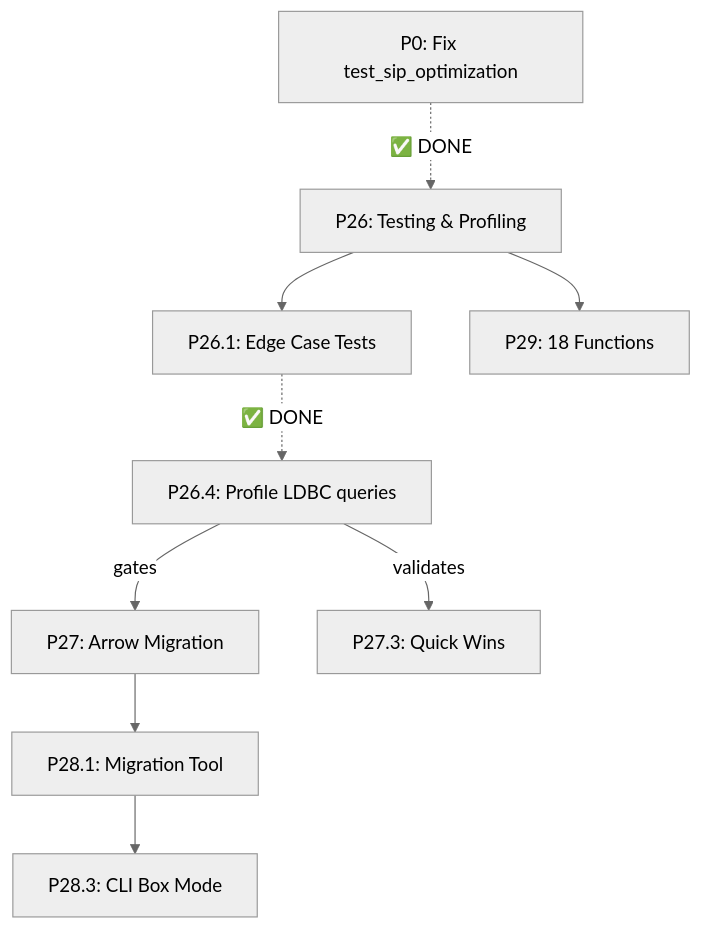
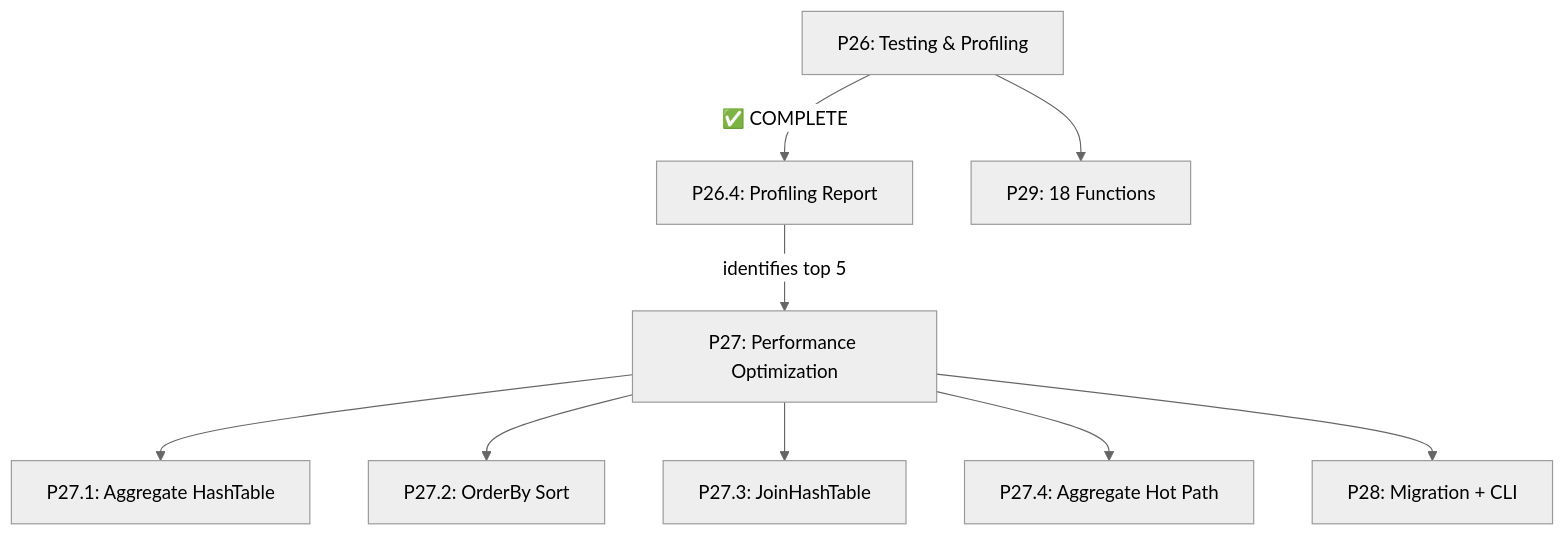
The diagram in kuzu-core/implementation_plan.md (mlengse/akar), drawn with Mermaid (neutral theme) before and after one commit. The commit also changed other lines of this file and 1 other file, not shown here.

````diff
--- a/kuzu-core/implementation_plan.md
+++ b/kuzu-core/implementation_plan.md
@@ -236,10 +393,11 @@
 ```mermaid
 graph TD
-    P0["P0: Fix test_sip_optimization"] -.->|✅ DONE| P26["P26: Testing & Profiling"]
-    P26 --> P26_1["P26.1: Edge Case Tests"] -.->|✅ DONE| P26_4["P26.4: Profile LDBC queries"]
-    P26_4 -->|gates| P27["P27: Arrow Migration"]
-    P26_4 -->|validates| P27_3["P27.3: Quick Wins"]
-    P27 --> P28_1["P28.1: Migration Tool"]
-    P28_1 --> P28_3["P28.3: CLI Box Mode"]
+    P26["P26: Testing & Profiling"] -->|✅ COMPLETE| P26_4["P26.4: Profiling Report"]
+    P26_4 -->|identifies top 5| P27["P27: Performance Optimization"]
+    P27 --> P27_1["P27.1: Aggregate HashTable"]
+    P27 --> P27_2["P27.2: OrderBy Sort"]
+    P27 --> P27_3["P27.3: JoinHashTable"]
+    P27 --> P27_4["P27.4: Aggregate Hot Path"]
+    P27 --> P28["P28: Migration + CLI"]
     P26 --> P29["P29: 18 Functions"]
 ```
````
